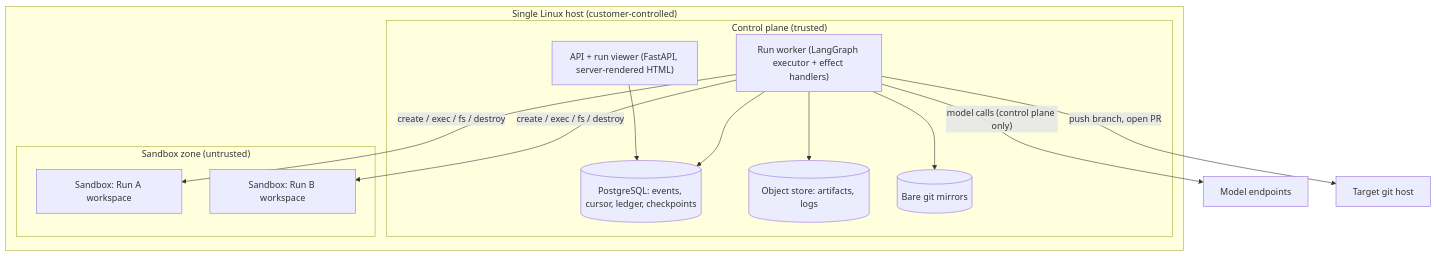
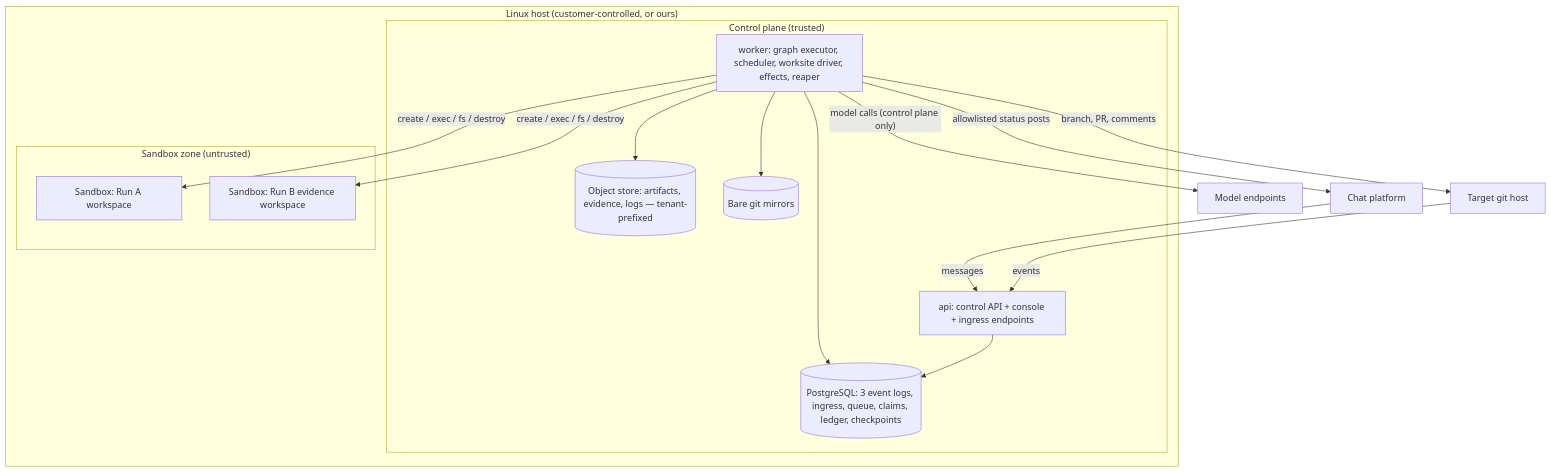
One commit to c-dinca/M.A.D.E. changed the second of 3 diagrams in docs/02-architecture/01-system-overview.md. Above: the diagram before and after it, drawn with Mermaid. The commit also changed other lines of this file and 1 other file, not shown here.

````diff
--- a/docs/02-architecture/01-system-overview.md
+++ b/docs/02-architecture/01-system-overview.md
@@ -102,24 +169,27 @@
 ```mermaid
 flowchart TB
-  subgraph HOST["Single Linux host (customer-controlled)"]
+  subgraph HOST["Linux host (customer-controlled, or ours)"]
     subgraph CP["Control plane (trusted)"]
-      API["API + run viewer (FastAPI, server-rendered HTML)"]
-      W["Run worker (LangGraph executor + effect handlers)"]
-      DB[("PostgreSQL: events, cursor, ledger, checkpoints")]
-      OBJ[("Object store: artifacts, logs")]
+      API["api: control API + console + ingress endpoints"]
+      W["worker: graph executor, scheduler, worksite driver, effects, reaper"]
+      DB[("PostgreSQL: 3 event logs, ingress, queue, claims, ledger, checkpoints")]
+      OBJ[("Object store: artifacts, evidence, logs — tenant-prefixed")]
       GITM[("Bare git mirrors")]
     end
     subgraph SBX["Sandbox zone (untrusted)"]
       S1["Sandbox: Run A workspace"]
-      S2["Sandbox: Run B workspace"]
+      S2["Sandbox: Run B evidence workspace"]
     end
   end
   API --> DB
   W --> DB
   W --> OBJ
   W --> GITM
   W -->|"create / exec / fs / destroy"| S1
   W -->|"create / exec / fs / destroy"| S2
   W -->|"model calls (control plane only)"| EXT["Model endpoints"]
-  W -->|"push branch, open PR"| GH["Target git host"]
+  W -->|"branch, PR, comments"| GH["Target git host"]
+  W -->|"allowlisted status posts"| CH["Chat platform"]
+  GH -->|"events"| API
+  CH -->|"messages"| API
 ```
````
